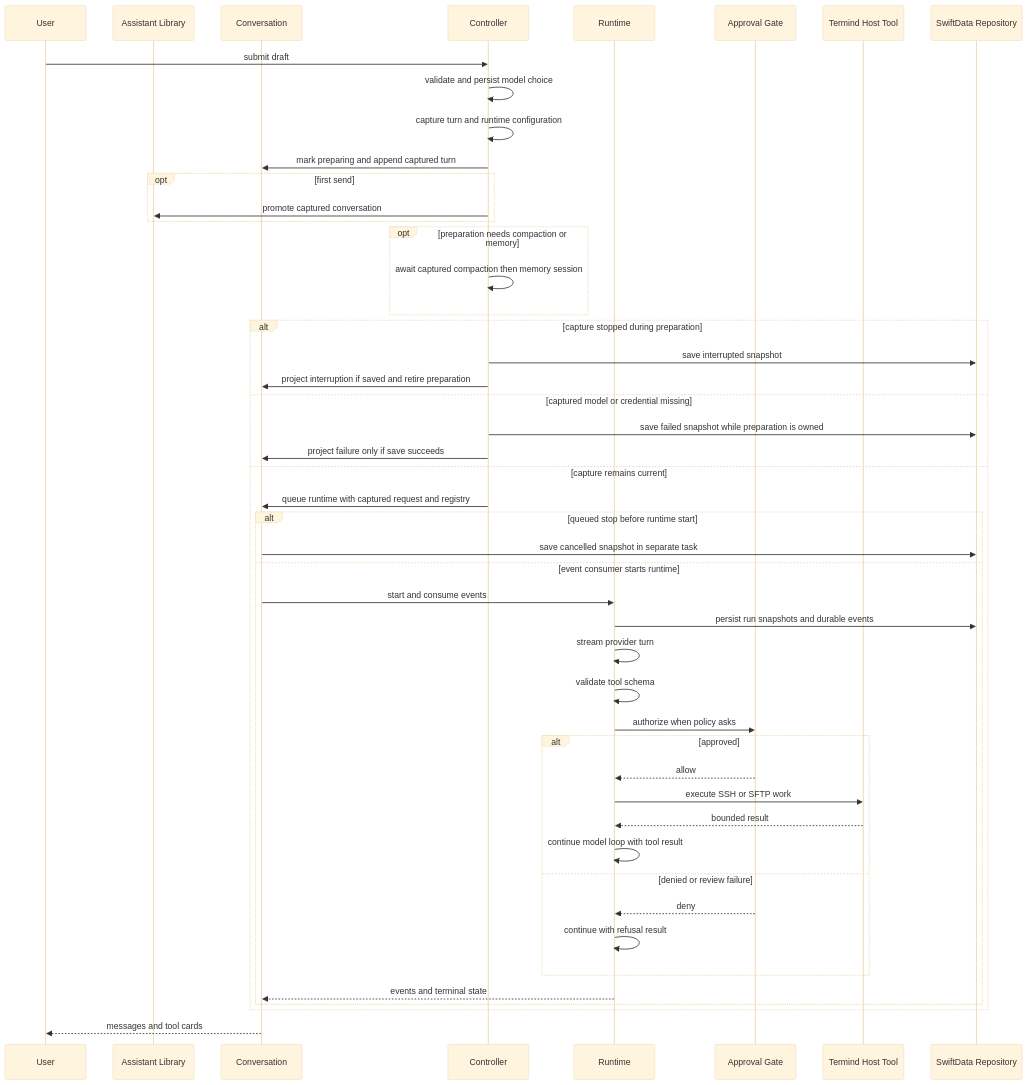
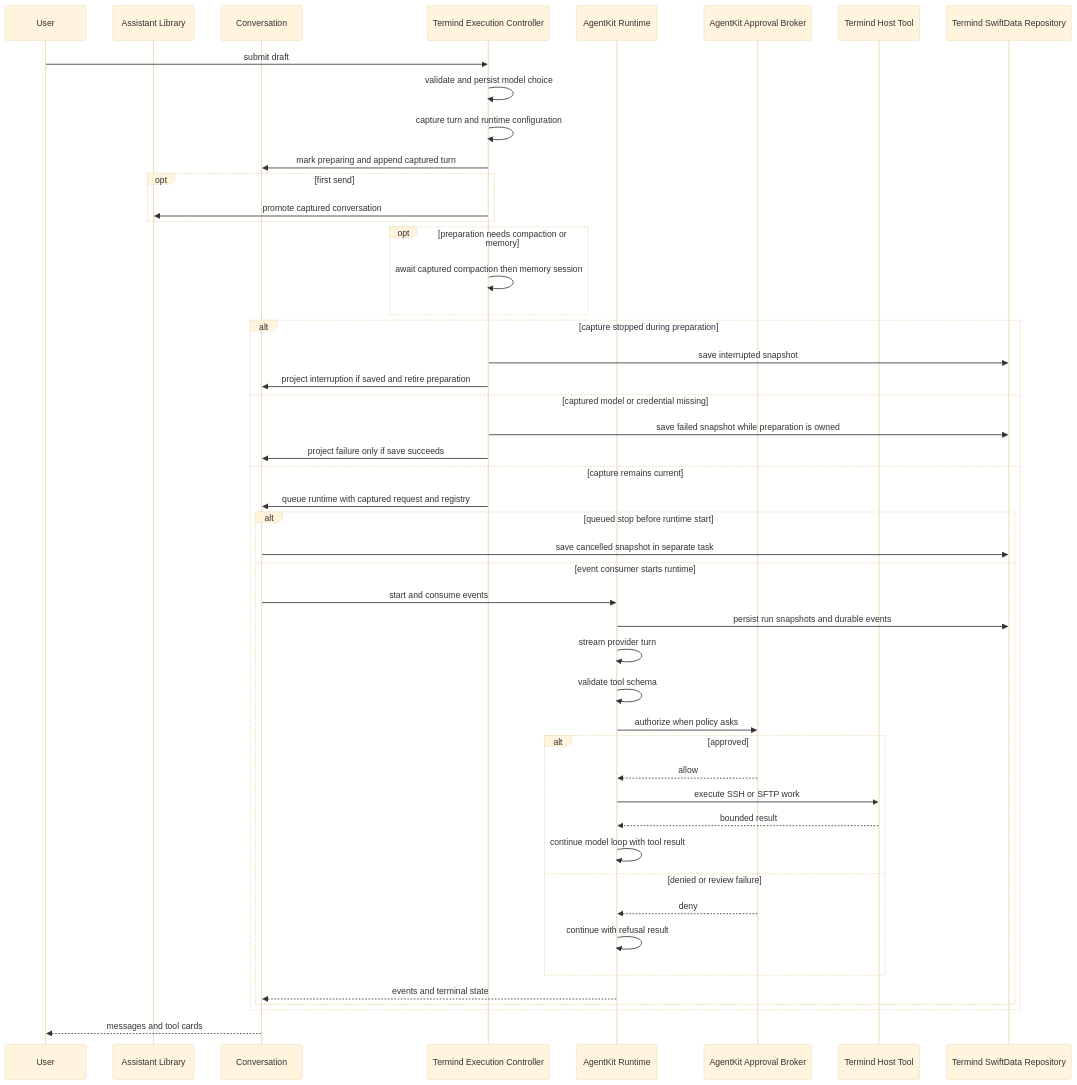
The third of 11 diagrams in openwiki/concepts/agent-runtime-and-assistant.md (AkinoKaede/Termind), drawn with Mermaid (base theme) before and after one commit. The commit also changed other lines of this file and 68 other files, not shown here.

````diff
--- a/openwiki/concepts/agent-runtime-and-assistant.md
+++ b/openwiki/concepts/agent-runtime-and-assistant.md
@@ -233,51 +233,51 @@
 ```mermaid
 sequenceDiagram
     participant User
     participant Library as Assistant Library
     participant Conversation
-    participant Controller
-    participant Runtime
-    participant Gate as Approval Gate
+    participant Controller as Termind Execution Controller
+    participant Runtime as AgentKit Runtime
+    participant Gate as AgentKit Approval Broker
     participant Host as Termind Host Tool
-    participant Store as SwiftData Repository
+    participant Store as Termind SwiftData Repository
 
     User->>Controller: submit draft
     Controller->>Controller: validate and persist model choice
     Controller->>Controller: capture turn and runtime configuration
     Controller->>Conversation: mark preparing and append captured turn
     opt first send
         Controller->>Library: promote captured conversation
     end
     opt preparation needs compaction or memory
         Controller->>Controller: await captured compaction then memory session
     end
     alt capture stopped during preparation
         Controller->>Store: save interrupted snapshot
         Controller->>Conversation: project interruption if saved and retire preparation
     else captured model or credential missing
         Controller->>Store: save failed snapshot while preparation is owned
         Controller->>Conversation: project failure only if save succeeds
     else capture remains current
         Controller->>Conversation: queue runtime with captured request and registry
         alt queued stop before runtime start
             Conversation->>Store: save cancelled snapshot in separate task
         else event consumer starts runtime
             Conversation->>Runtime: start and consume events
             Runtime->>Store: persist run snapshots and durable events
             Runtime->>Runtime: stream provider turn
             Runtime->>Runtime: validate tool schema
             Runtime->>Gate: authorize when policy asks
             alt approved
                 Gate-->>Runtime: allow
                 Runtime->>Host: execute SSH or SFTP work
                 Host-->>Runtime: bounded result
                 Runtime->>Runtime: continue model loop with tool result
             else denied or review failure
                 Gate-->>Runtime: deny
                 Runtime->>Runtime: continue with refusal result
             end
             Runtime-->>Conversation: events and terminal state
         end
     end
     Conversation-->>User: messages and tool cards
 ```
````
